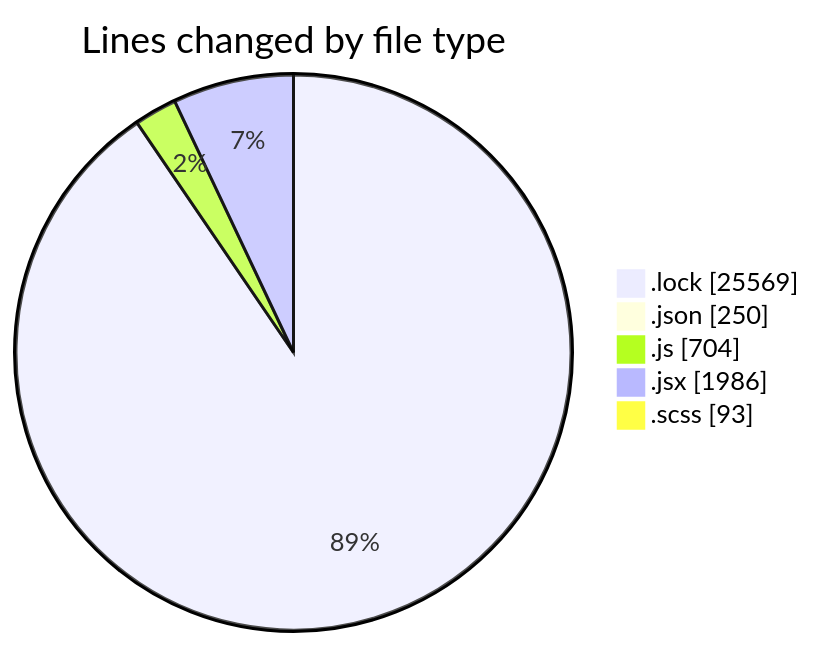
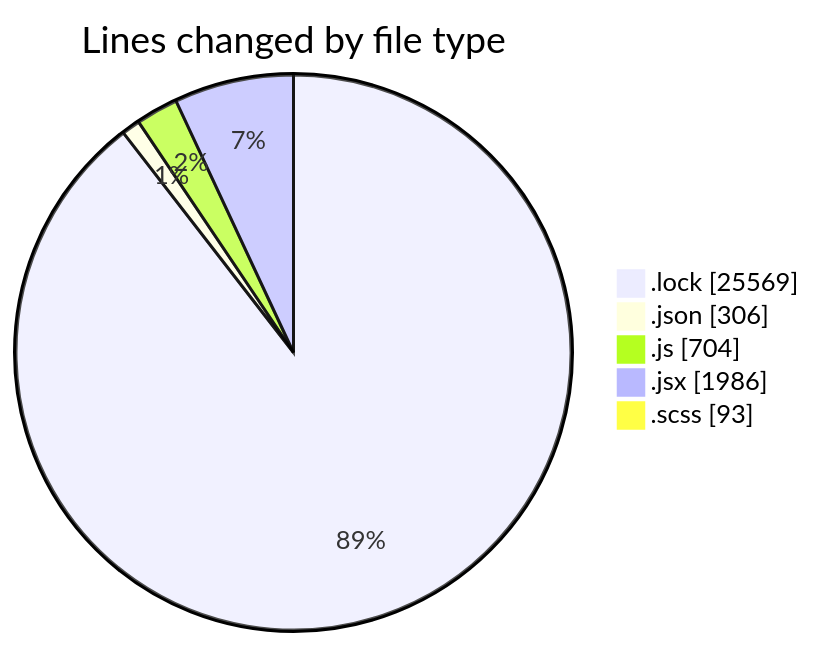
The first of 2 diagrams in 2026-01-07/cda/README.md (momahboobian/code-tracking), drawn with Mermaid before and after one commit. The commit also changed other lines of this file and 1 other file, not shown here.

````diff
--- a/2026-01-07/cda/README.md
+++ b/2026-01-07/cda/README.md
@@ -38,9 +39,9 @@
 ```mermaid
 pie showData
 title Lines changed by file type
 ".lock" : 25569
-".json" : 250
+".json" : 306
 ".js" : 704
 ".jsx" : 1986
 ".scss" : 93
 ```
````
